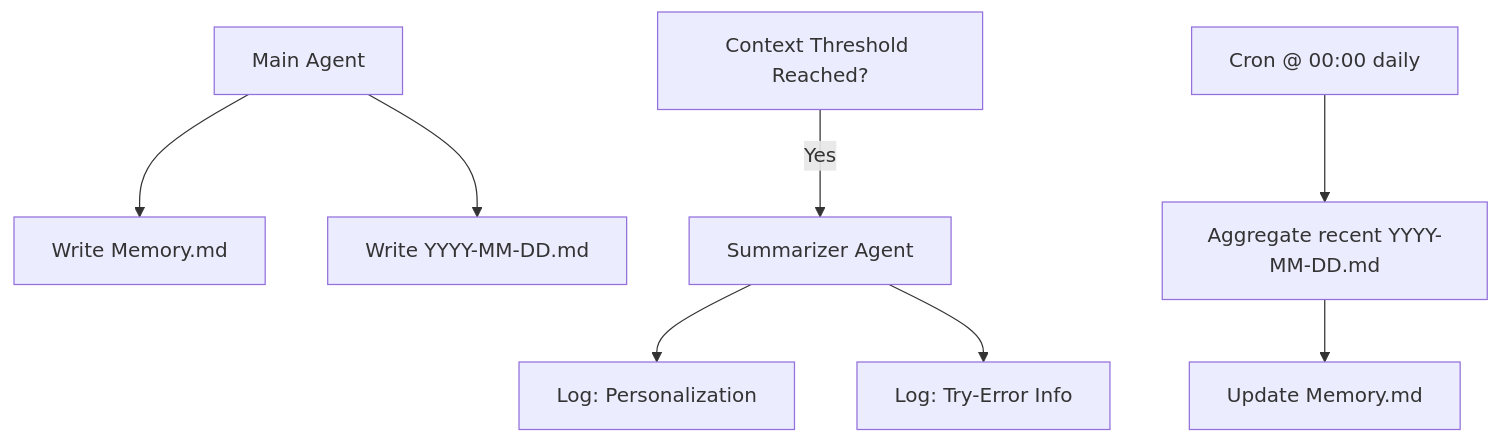
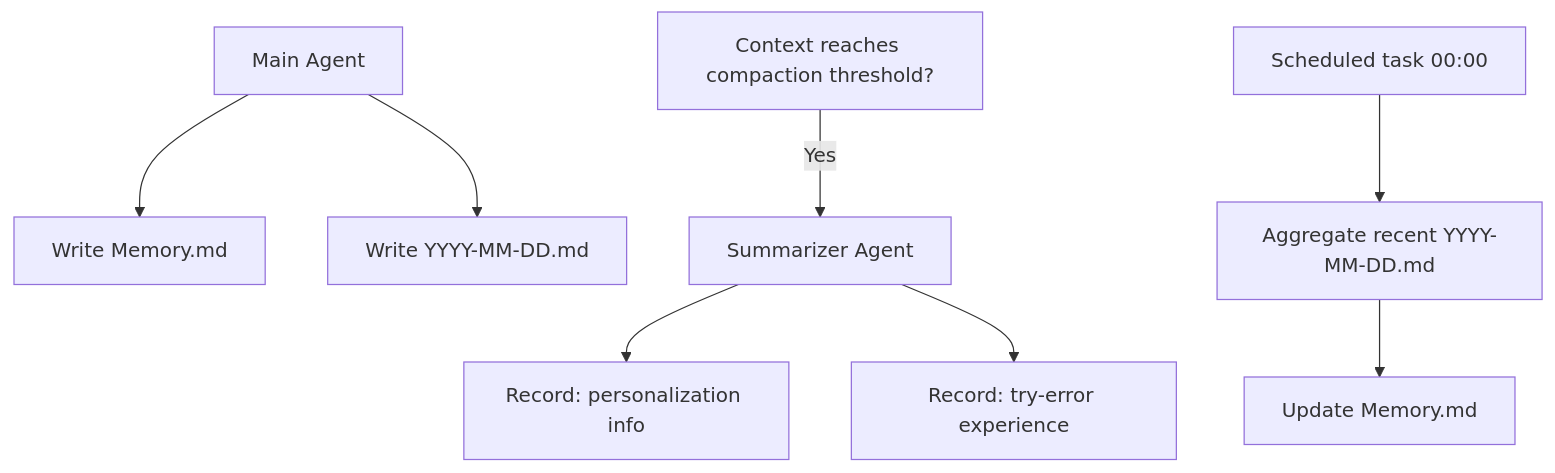
The seventh of 7 diagrams in docs/copaw_context_design.md (lllyyysss77/ReMe), drawn with Mermaid before and after one commit. The commit also changed other lines of this file and 3 other files, not shown here.

````diff
--- a/docs/copaw_context_design.md
+++ b/docs/copaw_context_design.md
@@ -113,10 +253,10 @@
 ```mermaid
 flowchart TD
     A[Main Agent] --> B[Write Memory.md]
     A --> C[Write YYYY-MM-DD.md]
-    D[Context Threshold Reached?] -->|Yes| E[Summarizer Agent]
-    E --> F[Log: Personalization]
-    E --> G[Log: Try-Error Info]
-    H[Cron @ 00:00 daily] --> I[Aggregate recent YYYY-MM-DD.md]
-I --> J[Update Memory.md]
+    D[Context reaches compaction threshold?] -->|Yes| E[Summarizer Agent]
+    E --> F[Record: personalization info]
+    E --> G[Record: try-error experience]
+    H[Scheduled task 00:00] --> I[Aggregate recent YYYY-MM-DD.md]
+    I --> J[Update Memory.md]
 ```
````
